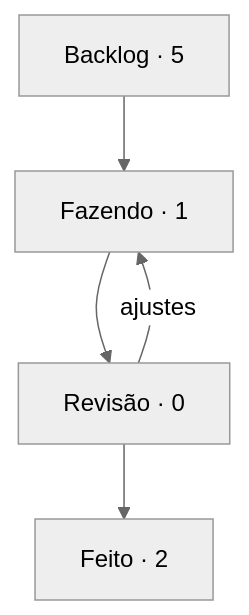
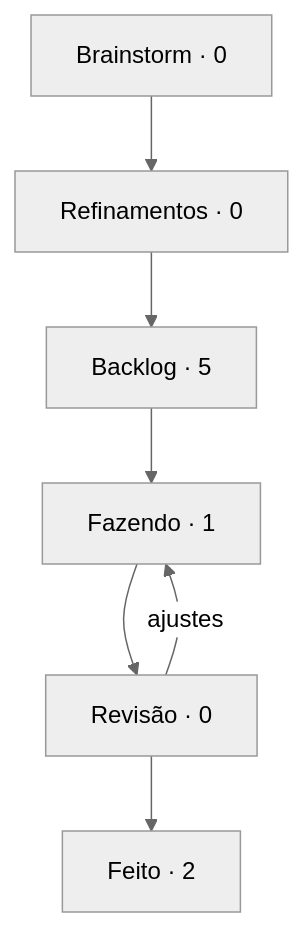
One commit to StudioVibi/VibiKanban changed the diagram in boards/geral/BOARD.md. Above: the diagram before and after it, drawn with Mermaid (neutral theme). The commit also changed other lines of this file and 16 other files, not shown here.

First line of the commit message:
quadro: colunas Brainstorm e Refinamentos, escondidas atrás de uma seta à esquerda

````diff
--- a/boards/geral/BOARD.md
+++ b/boards/geral/BOARD.md
@@ -5,10 +5,12 @@
 ```mermaid
 flowchart TD
-  backlog["Backlog · 5"] --> doing["Fazendo · 1"]
+  brainstorm["Brainstorm · 0"] --> refinamentos["Refinamentos · 0"]
+  refinamentos --> backlog["Backlog · 5"]
+  backlog --> doing["Fazendo · 1"]
   doing --> review["Revisão · 0"]
   review --> done["Feito · 2"]
   review -->|ajustes| doing
   doing:::blue
   review:::yellow
   done:::green
 ```
````
